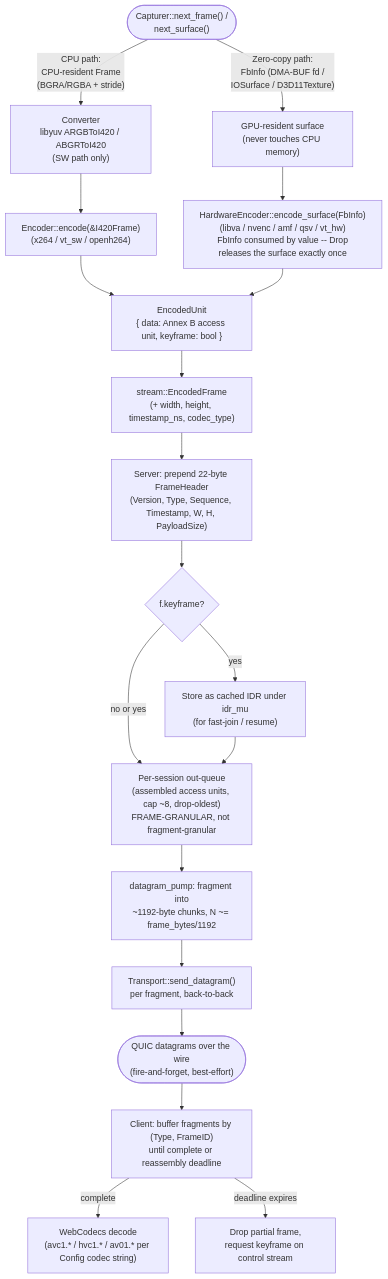
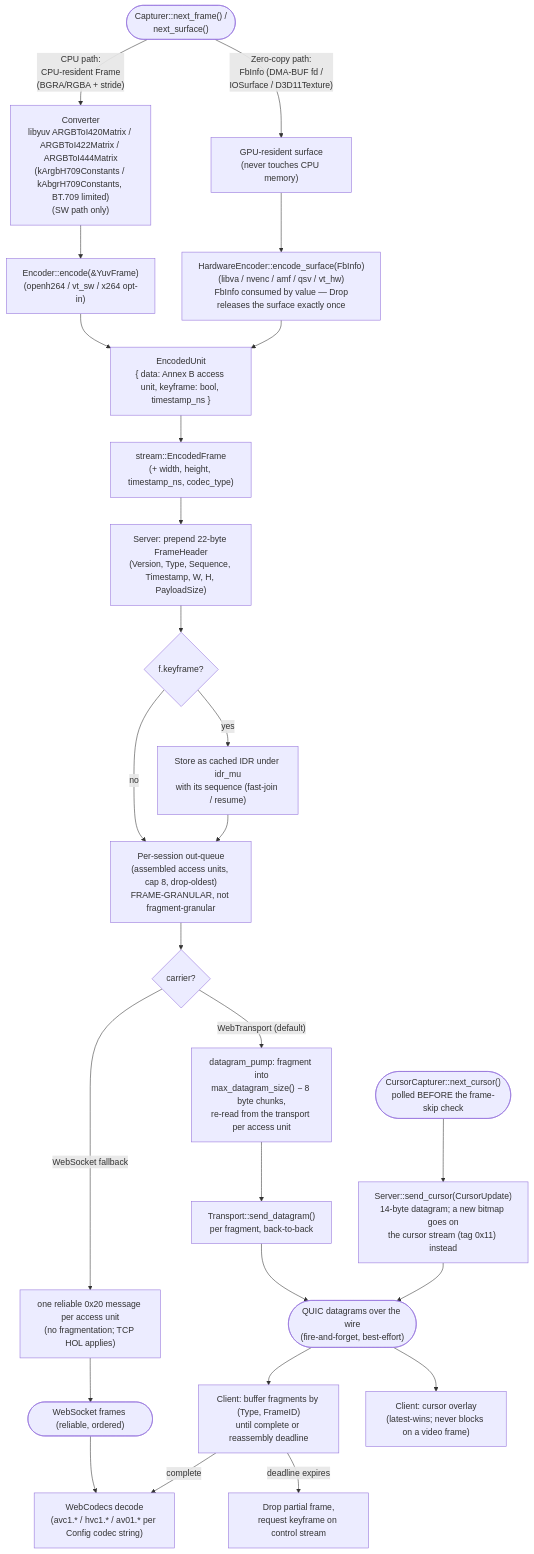
Before and after one commit to asymysh/featherdesk: the diagram in PROJECT_ARTIFACTS/data-flow/DATA_FLOW.md, drawn with Mermaid. The commit also changed other lines of this file and 79 other files, not shown here.

````diff
--- a/PROJECT_ARTIFACTS/data-flow/DATA_FLOW.md
+++ b/PROJECT_ARTIFACTS/data-flow/DATA_FLOW.md
@@ -9,28 +9,37 @@
 ```mermaid
 flowchart TD
-    START(["Capturer::next_frame() /\nnext_surface()"])
+    START(["Capturer::next_frame() /<br/>next_surface()"])
+    CURSOR(["CursorCapturer::next_cursor()<br/>polled BEFORE the frame-skip check"])
 
-    START -->|"CPU path:\nCPU-resident Frame\n(BGRA/RGBA + stride)"| CONV["Converter\nlibyuv ARGBToI420 / ABGRToI420\n(SW path only)"]
-    START -->|"Zero-copy path:\nFbInfo (DMA-BUF fd /\nIOSurface / D3D11Texture)"| HWSURF["GPU-resident surface\n(never touches CPU memory)"]
+    START -->|"CPU path:<br/>CPU-resident Frame<br/>(BGRA/RGBA + stride)"| CONV["Converter<br/>libyuv ARGBToI420Matrix / ARGBToI422Matrix / ARGBToI444Matrix<br/>(kArgbH709Constants / kAbgrH709Constants, BT.709 limited)<br/>(SW path only)"]
+    START -->|"Zero-copy path:<br/>FbInfo (DMA-BUF fd /<br/>IOSurface / D3D11Texture)"| HWSURF["GPU-resident surface<br/>(never touches CPU memory)"]
 
-    CONV --> SWENC["Encoder::encode(&I420Frame)\n(x264 / vt_sw / openh264)"]
-    HWSURF --> HWENC["HardwareEncoder::encode_surface(FbInfo)\n(libva / nvenc / amf / qsv / vt_hw)\nFbInfo consumed by value -- Drop\nreleases the surface exactly once"]
+    CONV --> SWENC["Encoder::encode(&amp;YuvFrame)<br/>(openh264 / vt_sw / x264 opt-in)"]
+    HWSURF --> HWENC["HardwareEncoder::encode_surface(FbInfo)<br/>(libva / nvenc / amf / qsv / vt_hw)<br/>FbInfo consumed by value &mdash; Drop<br/>releases the surface exactly once"]
 
-    SWENC --> UNIT["EncodedUnit\n{ data: Annex B access unit, keyframe: bool }"]
+    SWENC --> UNIT["EncodedUnit<br/>{ data: Annex B access unit, keyframe: bool, timestamp_ns }"]
     HWENC --> UNIT
 
-    UNIT --> FRAME["stream::EncodedFrame\n(+ width, height, timestamp_ns, codec_type)"]
-    FRAME --> WRAP["Server: prepend 22-byte FrameHeader\n(Version, Type, Sequence, Timestamp, W, H, PayloadSize)"]
+    UNIT --> FRAME["stream::EncodedFrame<br/>(+ width, height, timestamp_ns, codec_type)"]
+    FRAME --> WRAP["Server: prepend 22-byte FrameHeader<br/>(Version, Type, Sequence, Timestamp, W, H, PayloadSize)"]
     WRAP --> IDRCHECK{"f.keyframe?"}
-    IDRCHECK -->|yes| IDRCACHE["Store as cached IDR under idr_mu\n(for fast-join / resume)"]
-    IDRCHECK -->|no or yes| QUEUE["Per-session out-queue\n(assembled access units, cap ~8, drop-oldest)\nFRAME-GRANULAR, not fragment-granular"]
-    IDRCACHE --> QUEUE
+    IDRCHECK -->|yes| IDRCACHE["Store as cached IDR under idr_mu<br/>with its sequence (fast-join / resume)"]
+    IDRCHECK -->|no| QUEUE
+    IDRCACHE --> QUEUE["Per-session out-queue<br/>(assembled access units, cap 8, drop-oldest)<br/>FRAME-GRANULAR, not fragment-granular"]
 
-    QUEUE --> PUMP["datagram_pump: fragment into\n~1192-byte chunks, N ~= frame_bytes/1192"]
-    PUMP --> SEND["Transport::send_datagram()\nper fragment, back-to-back"]
-    SEND --> NET(["QUIC datagrams over the wire\n(fire-and-forget, best-effort)"])
+    QUEUE --> CARRIER{"carrier?"}
+    CARRIER -->|"WebTransport (default)"| PUMP["datagram_pump: fragment into<br/>max_datagram_size() &minus; 8 byte chunks,<br/>re-read from the transport per access unit"]
+    CARRIER -->|"WebSocket fallback"| WSMSG["one reliable 0x20 message per access unit<br/>(no fragmentation; TCP HOL applies)"]
+    PUMP --> SEND["Transport::send_datagram()<br/>per fragment, back-to-back"]
+    SEND --> NET(["QUIC datagrams over the wire<br/>(fire-and-forget, best-effort)"])
+    WSMSG --> NET2(["WebSocket frames (reliable, ordered)"])
 
-    NET --> REASSEMBLE["Client: buffer fragments by (Type, FrameID)\nuntil complete or reassembly deadline"]
-    REASSEMBLE -->|complete| DECODE["WebCodecs decode\n(avc1.* / hvc1.* / av01.* per Config codec string)"]
-    REASSEMBLE -->|deadline expires| DROP["Drop partial frame,\nrequest keyframe on control stream"]
+    NET --> REASSEMBLE["Client: buffer fragments by (Type, FrameID)<br/>until complete or reassembly deadline"]
+    NET2 --> DECODE
+    REASSEMBLE -->|complete| DECODE["WebCodecs decode<br/>(avc1.* / hvc1.* / av01.* per Config codec string)"]
+    REASSEMBLE -->|deadline expires| DROP["Drop partial frame,<br/>request keyframe on control stream"]
+
+    CURSOR --> CUR2["Server::send_cursor(CursorUpdate)<br/>14-byte datagram; a new bitmap goes on<br/>the cursor stream (tag 0x11) instead"]
+    CUR2 --> NET
+    NET --> OVERLAY["Client: cursor overlay<br/>(latest-wins; never blocks on a video frame)"]
 ```
````
